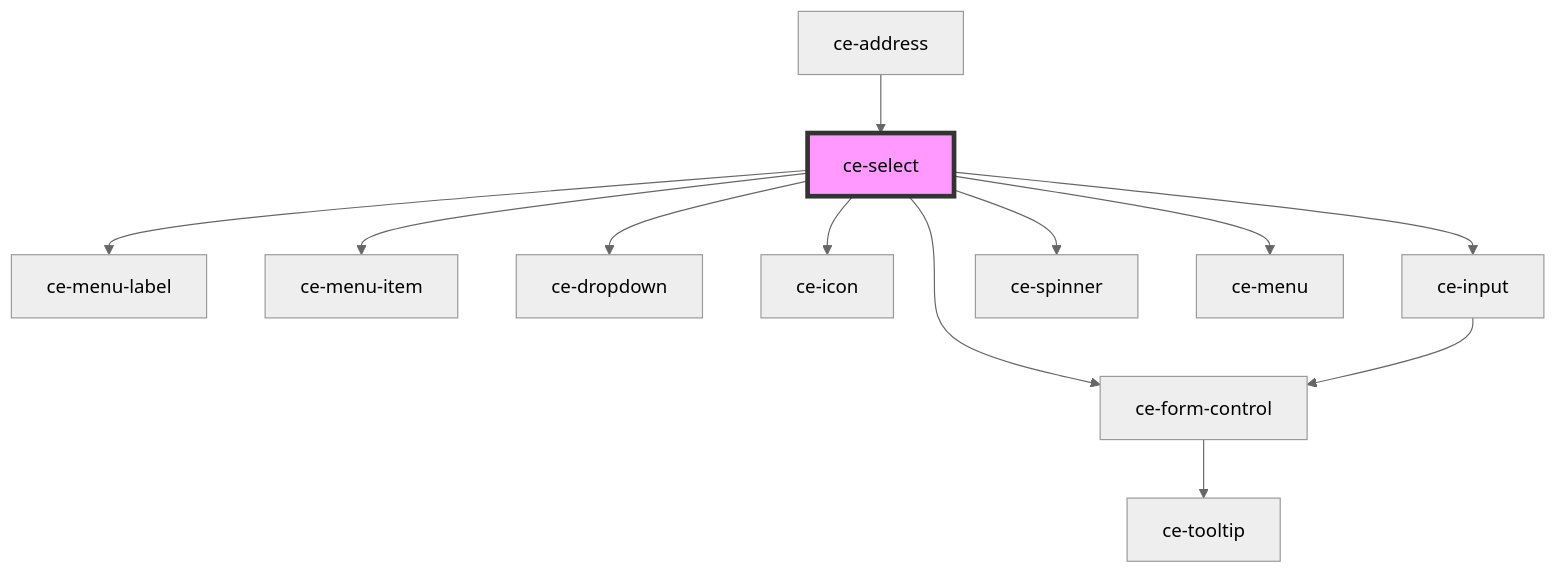
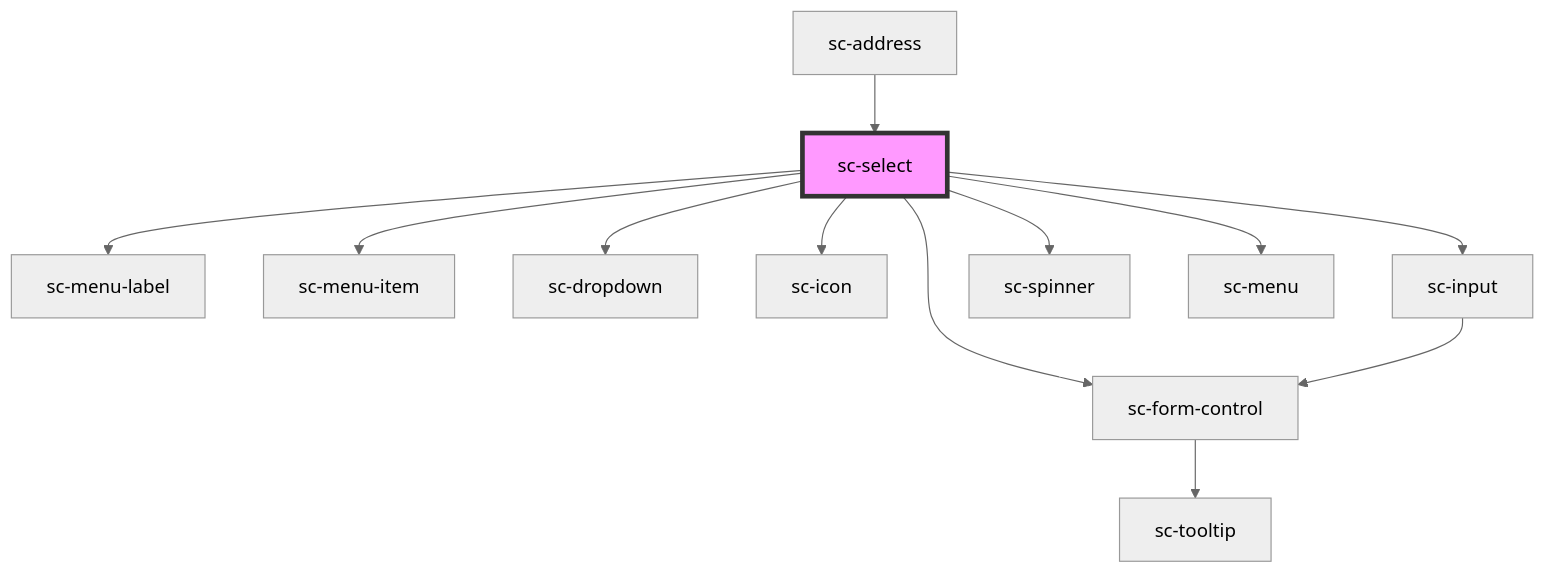
One commit to surecart/surecart-wp-plugin changed the diagram in packages/components/src/components/ui/select/readme.md. Above: the diagram before and after it, drawn with Mermaid (neutral theme). The commit also changed other lines of this file and 1281 other files, not shown here.

````diff
--- a/packages/components/src/components/ui/select/readme.md
+++ b/packages/components/src/components/ui/select/readme.md
@@ -97,15 +97,15 @@
 ```mermaid
 graph TD;
-  ce-select --> ce-menu-label
-  ce-select --> ce-menu-item
-  ce-select --> ce-form-control
-  ce-select --> ce-dropdown
-  ce-select --> ce-icon
-  ce-select --> ce-input
-  ce-select --> ce-spinner
-  ce-select --> ce-menu
-  ce-form-control --> ce-tooltip
-  ce-input --> ce-form-control
-  ce-address --> ce-select
-  style ce-select fill:#f9f,stroke:#333,stroke-width:4px
+  sc-select --> sc-menu-label
+  sc-select --> sc-menu-item
+  sc-select --> sc-form-control
+  sc-select --> sc-dropdown
+  sc-select --> sc-icon
+  sc-select --> sc-input
+  sc-select --> sc-spinner
+  sc-select --> sc-menu
+  sc-form-control --> sc-tooltip
+  sc-input --> sc-form-control
+  sc-address --> sc-select
+  style sc-select fill:#f9f,stroke:#333,stroke-width:4px
 ```
````
